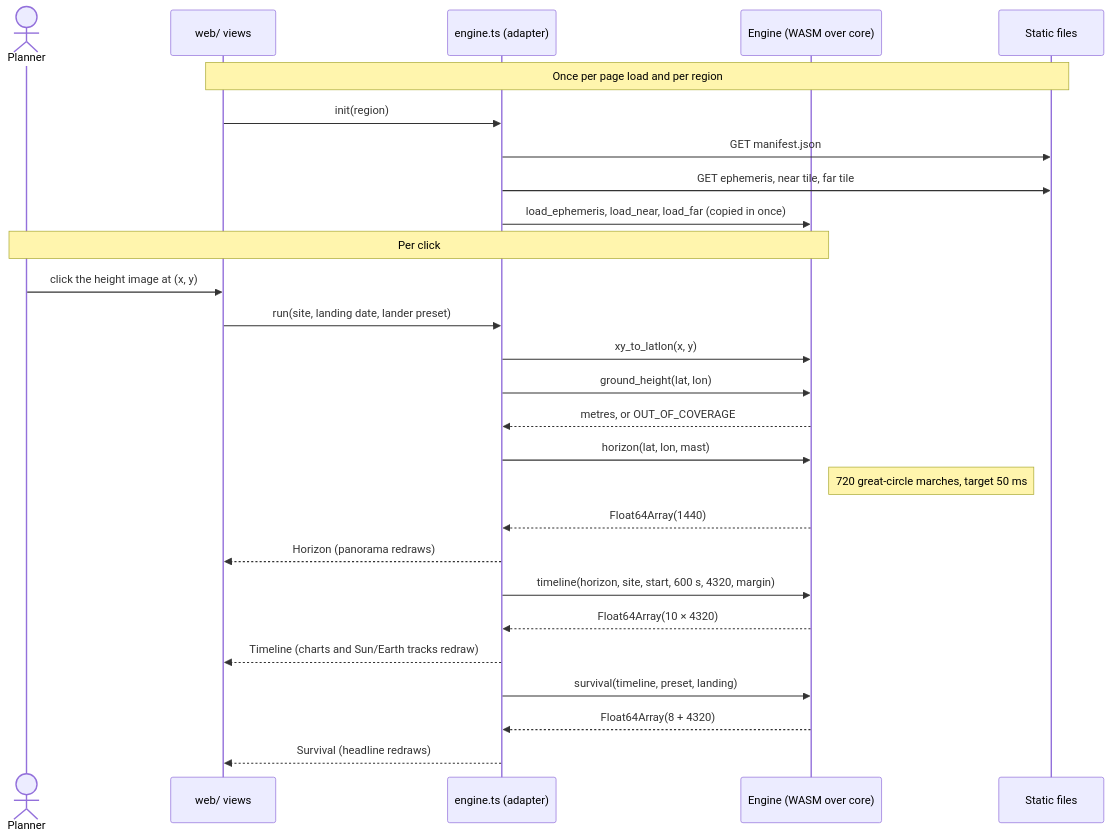
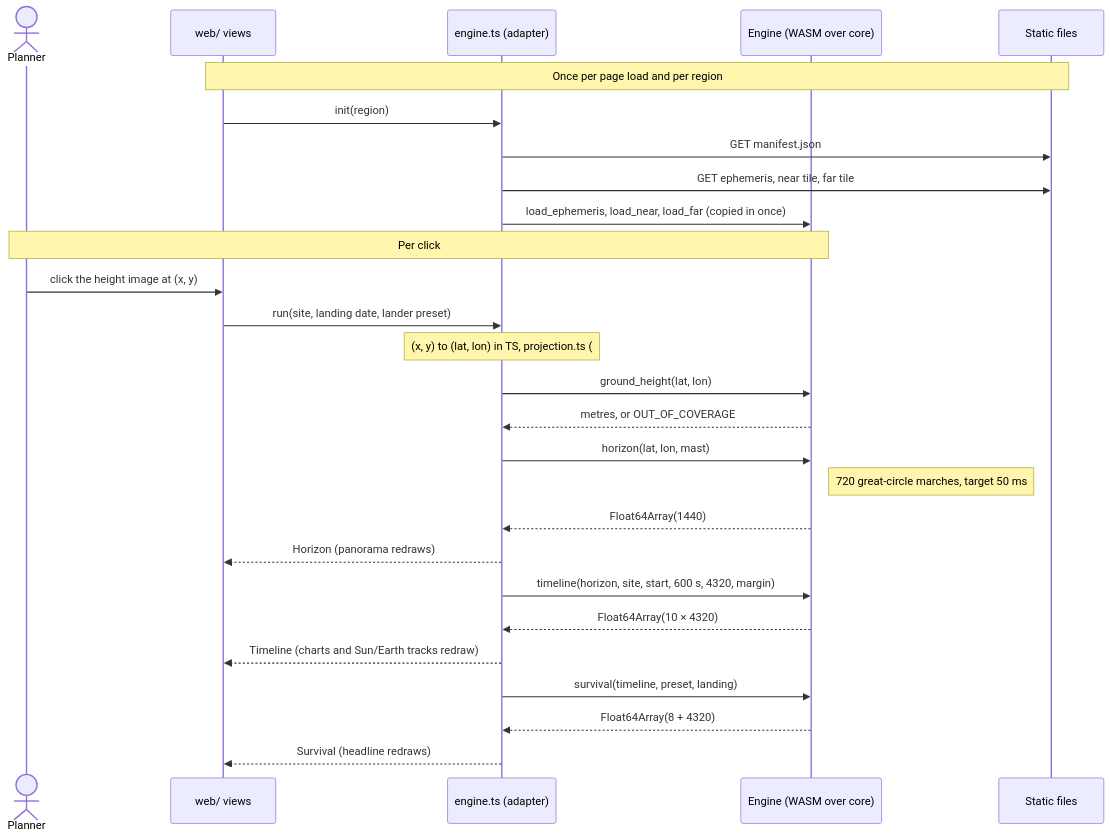
One commit to qicai14/penumbra changed the second of 2 diagrams in docs/ARCHITECTURE.md. Above: the diagram before and after it, drawn with Mermaid. The commit also changed other lines of this file and 6 other files, not shown here.

````diff
--- a/docs/ARCHITECTURE.md
+++ b/docs/ARCHITECTURE.md
@@ -68,31 +68,31 @@
 ```mermaid
 sequenceDiagram
   actor P as Planner
   participant UI as web/ views
   participant A as engine.ts (adapter)
   participant E as Engine (WASM over core)
   participant S as Static files
 
   Note over UI,S: Once per page load and per region
   UI->>A: init(region)
   A->>S: GET manifest.json
   A->>S: GET ephemeris, near tile, far tile
   A->>E: load_ephemeris, load_near, load_far (copied in once)
 
   Note over P,E: Per click
   P->>UI: click the height image at (x, y)
   UI->>A: run(site, landing date, lander preset)
-  A->>E: xy_to_latlon(x, y)
+  Note over A: (x, y) to (lat, lon) in TS, projection.ts (#58)
   A->>E: ground_height(lat, lon)
   E-->>A: metres, or OUT_OF_COVERAGE
   A->>E: horizon(lat, lon, mast)
   Note right of E: 720 great-circle marches, target 50 ms
   E-->>A: Float64Array(1440)
   A-->>UI: Horizon (panorama redraws)
   A->>E: timeline(horizon, site, start, 600 s, 4320, margin)
   E-->>A: Float64Array(10 × 4320)
   A-->>UI: Timeline (charts and Sun/Earth tracks redraw)
   A->>E: survival(timeline, preset, landing)
   E-->>A: Float64Array(8 + 4320)
   A-->>UI: Survival (headline redraws)
 ```
````
